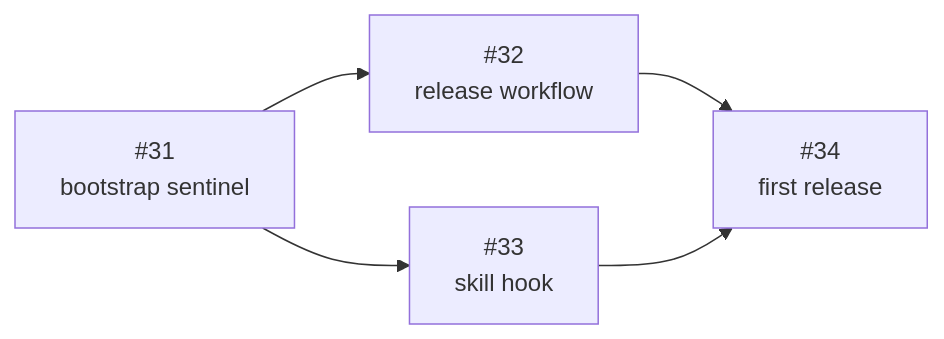
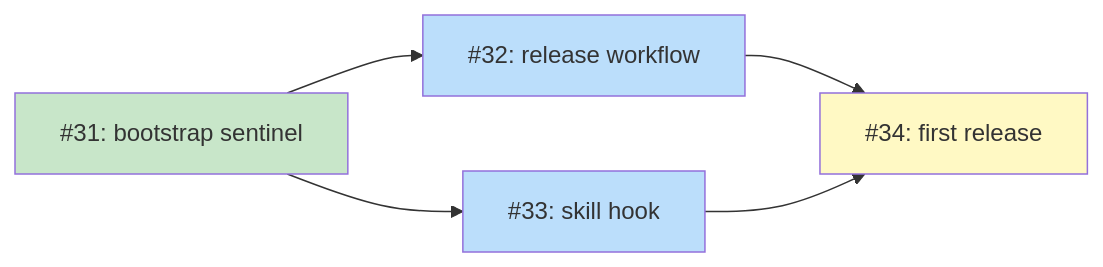
One commit to tsukumogami/shirabe changed the diagram in docs/designs/DESIGN-release-process.md. Above: the diagram before and after it, drawn with Mermaid. The commit also changed other lines of this file and 1 other file, not shown here.

Commit message:
docs(plan): update PLAN and design doc with proper issue tracking
- Use full plan-doc-structure format with clickable links, descriptions,
  and status classes
- Mark #31 as done (strikethrough)
- Mark #32, #33 as ready (unblocked)
- Mark #34 as blocked (waiting on #32, #33)

````diff
--- a/docs/designs/DESIGN-release-process.md
+++ b/docs/designs/DESIGN-release-process.md
@@ -370,12 +370,20 @@
 ```mermaid
 graph LR
-    I31["#31<br/>bootstrap sentinel"]
-    I32["#32<br/>release workflow"]
-    I33["#33<br/>skill hook"]
-    I34["#34<br/>first release"]
+    I31["#31: bootstrap sentinel"]
+    I32["#32: release workflow"]
+    I33["#33: skill hook"]
+    I34["#34: first release"]
 
     I31 --> I32
     I31 --> I33
     I32 --> I34
     I33 --> I34
+
+    classDef done fill:#c8e6c9
+    classDef ready fill:#bbdefb
+    classDef blocked fill:#fff9c4
+
+    class I31 done
+    class I32,I33 ready
+    class I34 blocked
 ```
````
